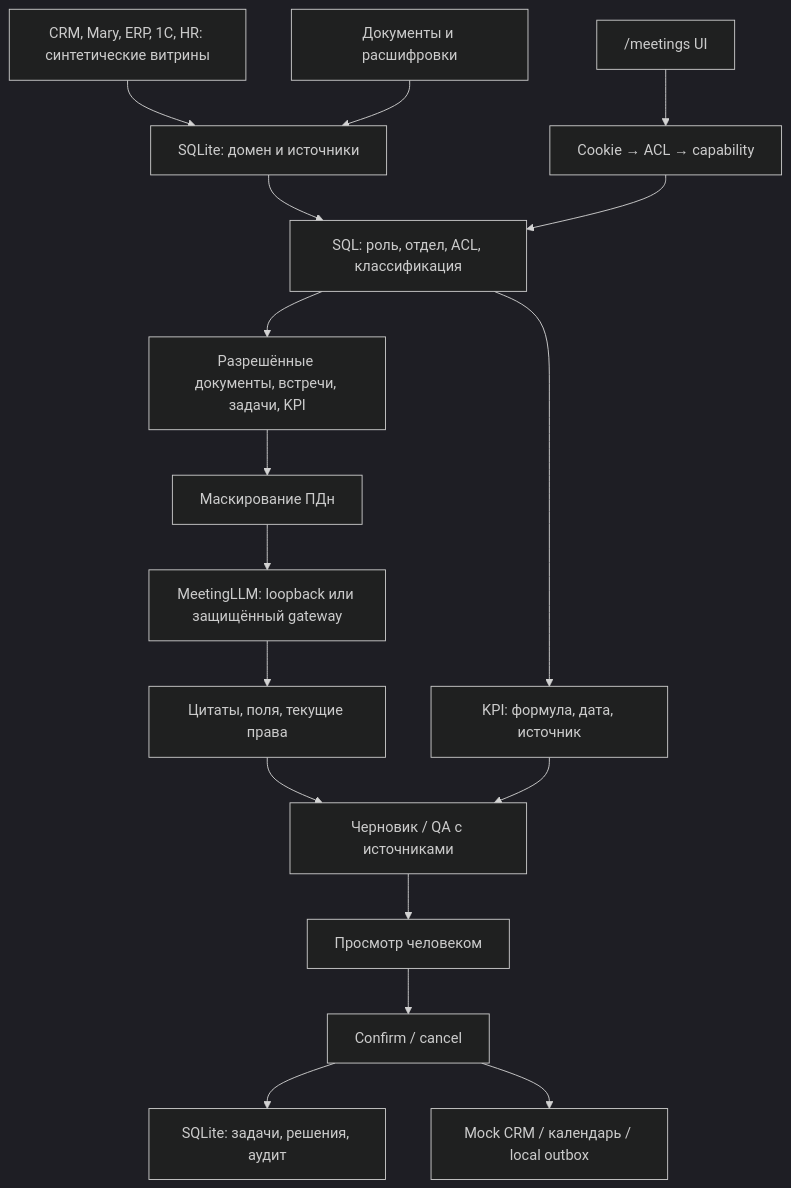
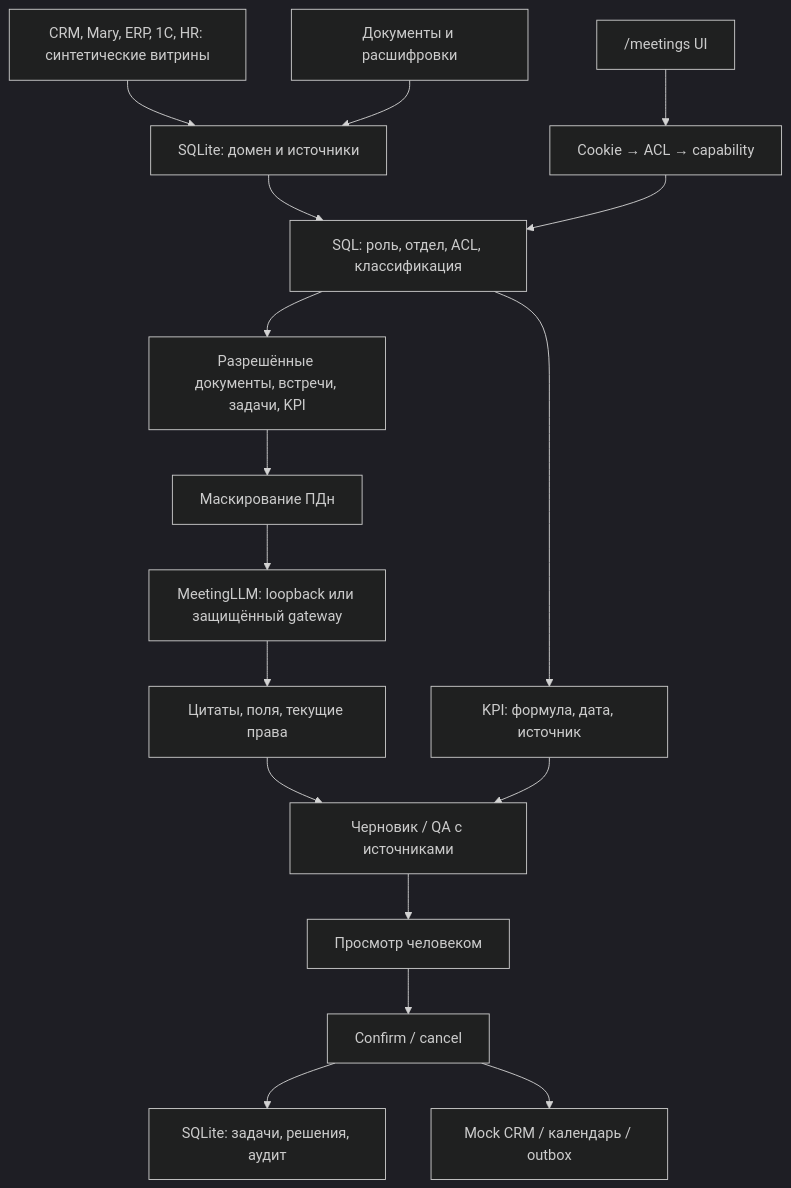
The diagram in docs/track3-release/ARCHITECTURE.md (yougmilee2642-a11y/iug6767hhh), drawn with Mermaid (dark theme) before and after one commit. The commit also changed other lines of this file and 55 other files, not shown here.

````diff
--- a/docs/track3-release/ARCHITECTURE.md
+++ b/docs/track3-release/ARCHITECTURE.md
@@ -3,19 +3,19 @@
 ```mermaid
 flowchart TD
   Sources["CRM, Mary, ERP, 1С, HR: синтетические витрины"] --> Store["SQLite: домен и источники"]
   Files["Документы и расшифровки"] --> Store
   Store --> Policy["SQL: роль, отдел, ACL, классификация"]
   UI["/meetings UI"] --> Auth["Cookie → ACL → capability"]
   Auth --> Policy
   Policy --> Read["Разрешённые документы, встречи, задачи, KPI"]
   Read --> Mask["Маскирование ПДн"]
   Mask --> LLM["MeetingLLM: loopback или защищённый gateway"]
   LLM --> Verify["Цитаты, поля, текущие права"]
   Verify --> Draft["Черновик / QA с источниками"]
   Draft --> Human["Просмотр человеком"]
   Human --> Confirm["Confirm / cancel"]
   Confirm --> DB["SQLite: задачи, решения, аудит"]
-  Confirm --> Outbox["Mock CRM / календарь / local outbox"]
+  Confirm --> Outbox["Mock CRM / календарь / outbox"]
   Policy --> KPIs["KPI: формула, дата, источник"]
   KPIs --> Draft
 ```
````
